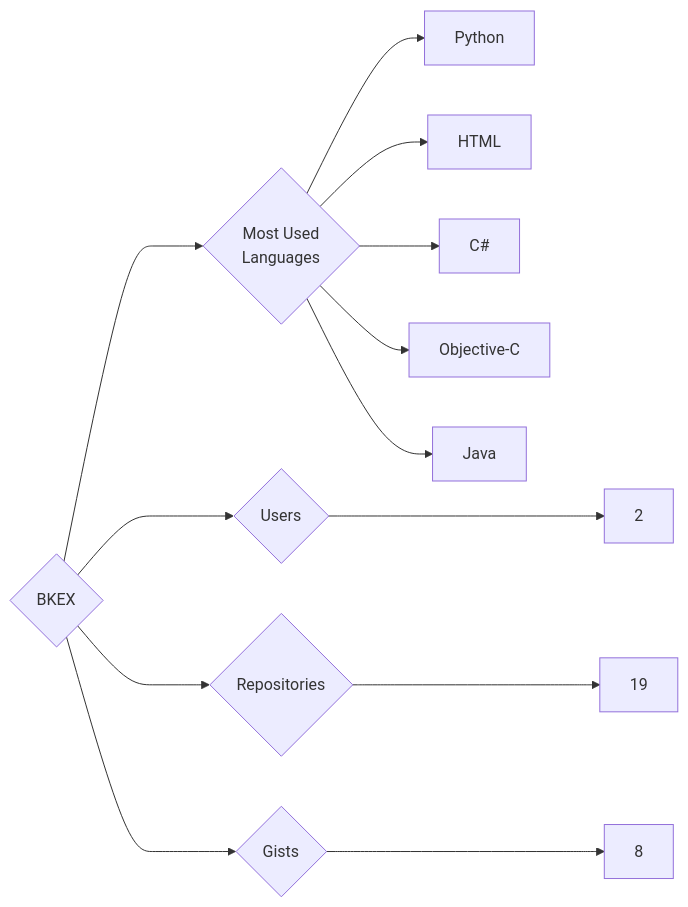
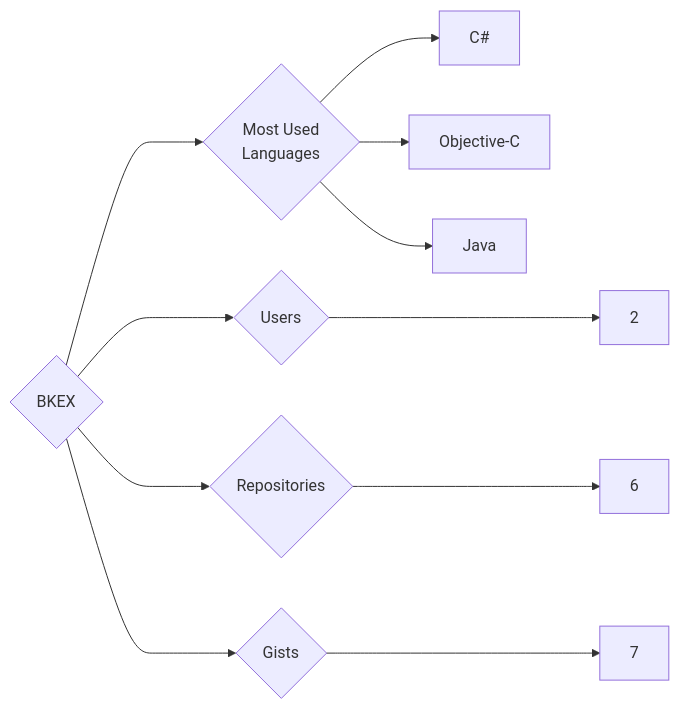
The diagram in targets/BKEX/README.md (trickest/insiders), drawn with Mermaid before and after one commit. The commit also changed 1030 other files, not shown here.

````diff
--- a/targets/BKEX/README.md
+++ b/targets/BKEX/README.md
@@ -3,13 +3,11 @@
 ```mermaid
 graph LR
 COMPANY_NAME{BKEX}
 COMPANY_NAME ---> U{Users} ---> UN[2]
-COMPANY_NAME ---> R{Repositories} ---> RN[19]
-COMPANY_NAME ---> G{Gists} ---> GN[8]
+COMPANY_NAME ---> R{Repositories} ---> RN[6]
+COMPANY_NAME ---> G{Gists} ---> GN[7]
 COMPANY_NAME ---> ML{Most Used<br>Languages}
-ML --> Python[Python]
-ML --> HTML[HTML]
 ML --> C#[C#]
 ML --> Objective-C[Objective-C]
 ML --> Java[Java]
 ```
````
